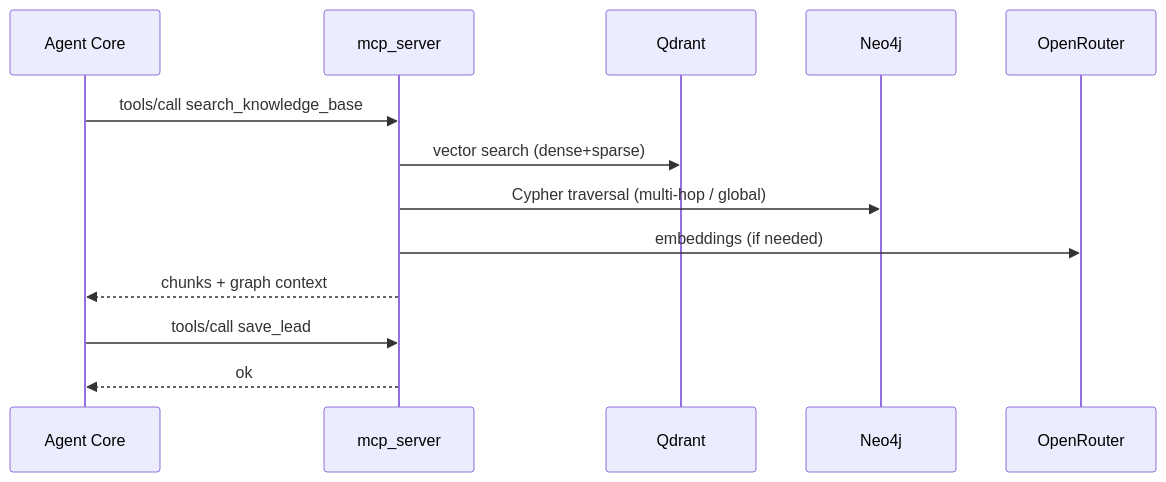
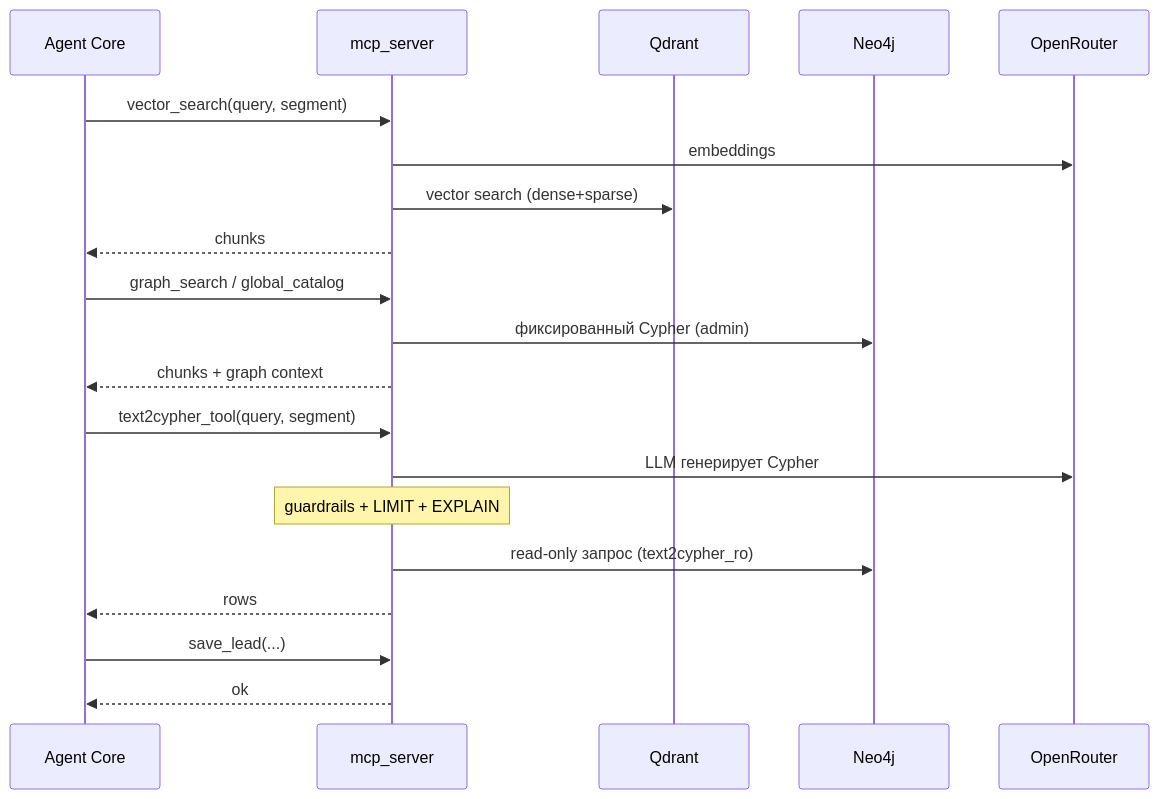
Before and after one commit to vzolotopupov77/llmstart-agent: the second of 9 diagrams in docs/concept/architecture.md, drawn with Mermaid. The commit also changed other lines of this file and 115 other files, not shown here.

````diff
--- a/docs/concept/architecture.md
+++ b/docs/concept/architecture.md
@@ -92,16 +98,23 @@
 ```mermaid
 sequenceDiagram
     participant AC as Agent Core
     participant MCP as mcp_server
     participant QD as Qdrant
     participant N4J as Neo4j
     participant OR as OpenRouter
 
-    AC->>MCP: tools/call search_knowledge_base
+    AC->>MCP: vector_search(query, segment)
+    MCP->>OR: embeddings
     MCP->>QD: vector search (dense+sparse)
-    MCP->>N4J: Cypher traversal (multi-hop / global)
-    MCP->>OR: embeddings (if needed)
+    MCP-->>AC: chunks
+    AC->>MCP: graph_search / global_catalog
+    MCP->>N4J: фиксированный Cypher (admin)
     MCP-->>AC: chunks + graph context
-    AC->>MCP: tools/call save_lead
+    AC->>MCP: text2cypher_tool(query, segment)
+    MCP->>OR: LLM генерирует Cypher
+    Note over MCP: guardrails + LIMIT + EXPLAIN
+    MCP->>N4J: read-only запрос (text2cypher_ro)
+    MCP-->>AC: rows
+    AC->>MCP: save_lead(...)
     MCP-->>AC: ok
 ```
````
